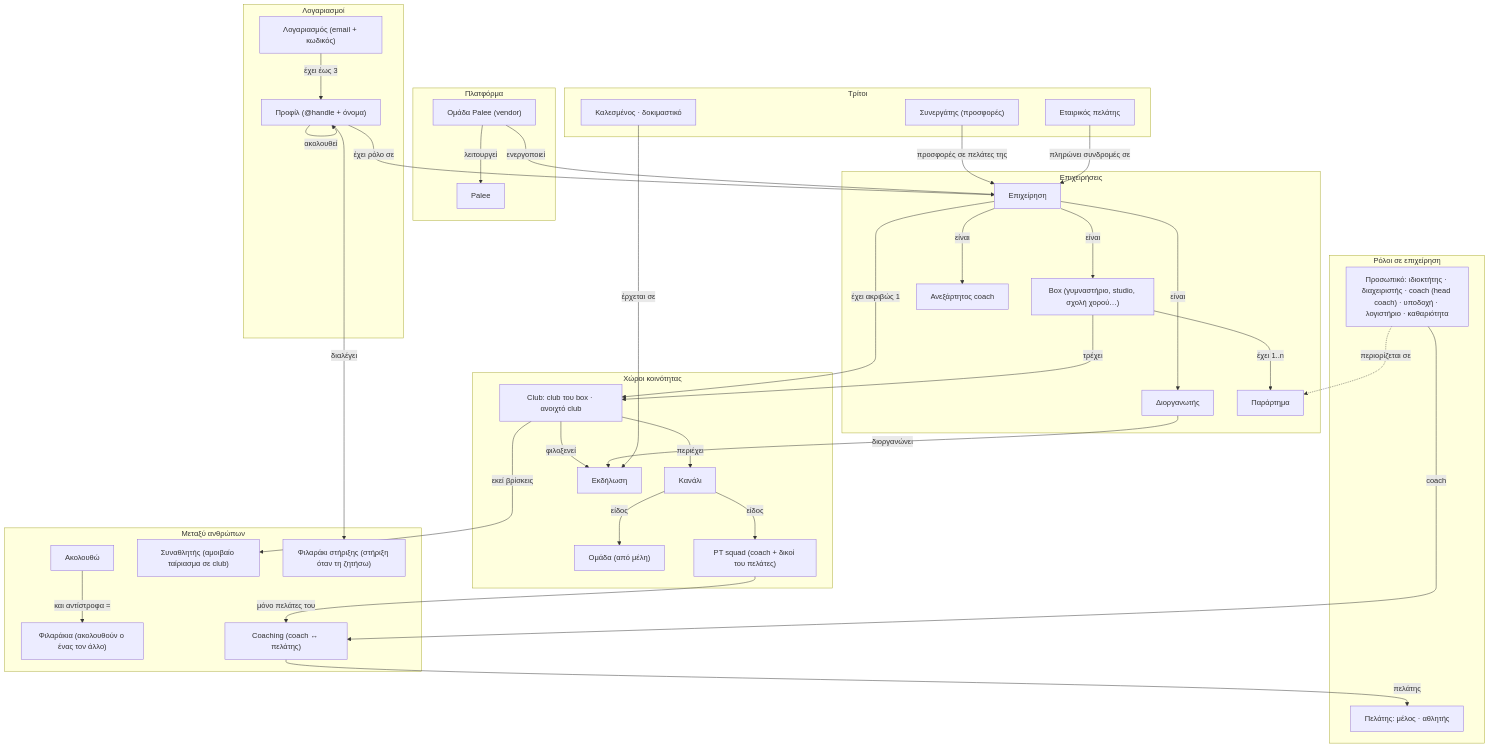
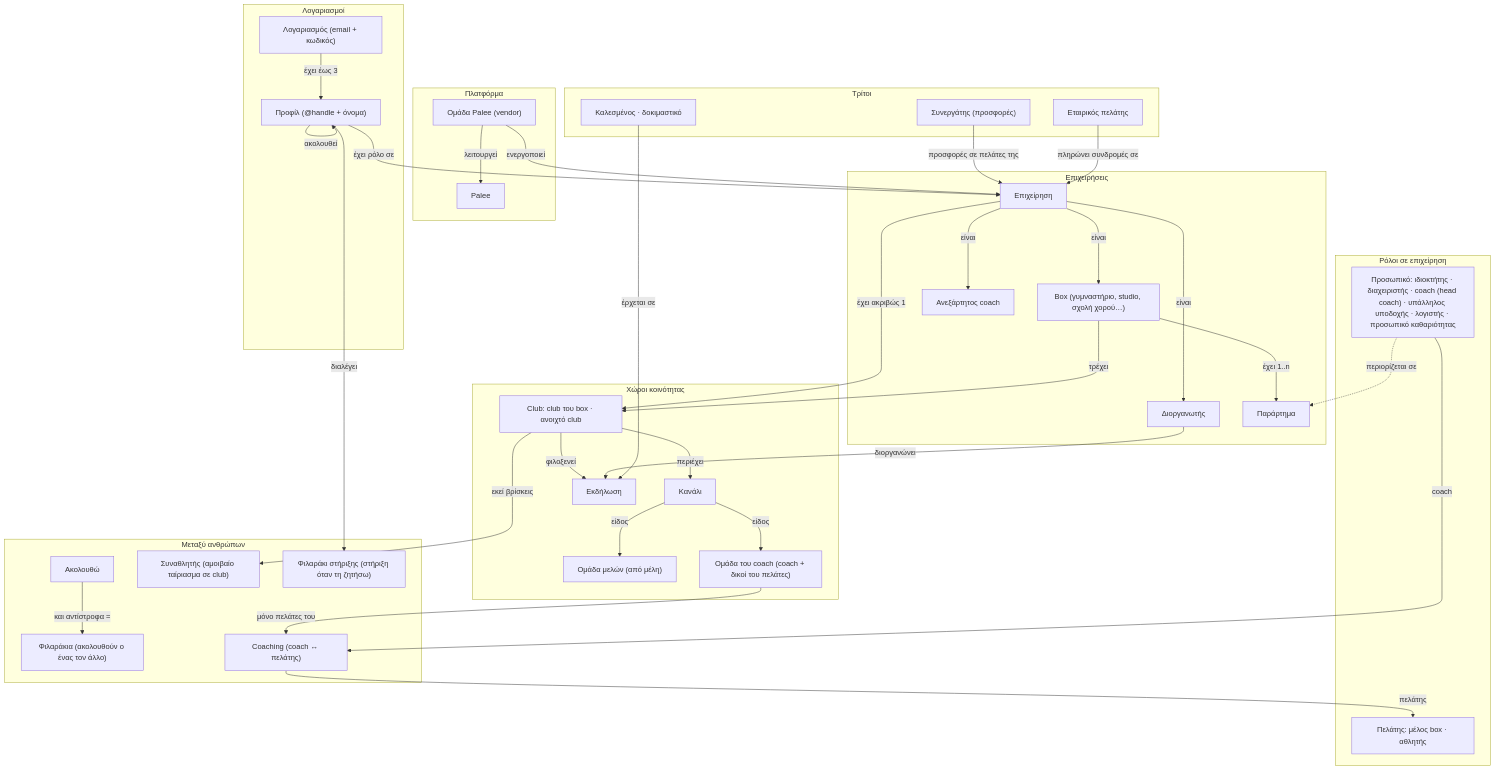
The second of 2 diagrams in docs/product/ontology.md (AnrPg/milos), drawn with Mermaid before and after one commit. The commit also changed other lines of this file and 23 other files, not shown here.

````diff
--- a/docs/product/ontology.md
+++ b/docs/product/ontology.md
@@ -103,74 +106,74 @@
 ```mermaid
 flowchart TB
   subgraph PLATFORM["Πλατφόρμα"]
     PALEE["Palee"]
     TEAM["Ομάδα Palee (vendor)"]
   end
 
   subgraph ACCOUNTS["Λογαριασμοί"]
     LOGIN["Λογαριασμός (email + κωδικός)"]
     PROFILE["Προφίλ (@handle + όνομα)"]
   end
 
   subgraph BUSINESSES["Επιχειρήσεις"]
     BIZ["Επιχείρηση"]
     BOX["Box (γυμναστήριο, studio, σχολή χορού…)"]
     INDIE["Ανεξάρτητος coach"]
     ORG["Διοργανωτής"]
     BRANCH["Παράρτημα"]
   end
 
   subgraph ROLES["Ρόλοι σε επιχείρηση"]
-    STAFF["Προσωπικό: ιδιοκτήτης · διαχειριστής · coach (head coach) · υποδοχή · λογιστήριο · καθαριότητα"]
-    CLIENT["Πελάτης: μέλος · αθλητής"]
+    STAFF["Προσωπικό: ιδιοκτήτης · διαχειριστής · coach (head coach) · υπάλληλος υποδοχής · λογιστής · προσωπικό καθαριότητας"]
+    CLIENT["Πελάτης: μέλος box · αθλητής"]
   end
 
   subgraph SPACES["Χώροι κοινότητας"]
     CLUB["Club: club του box · ανοιχτό club"]
     CHANNEL["Κανάλι"]
-    GROUP["Ομάδα (από μέλη)"]
-    SQUAD["PT squad (coach + δικοί του πελάτες)"]
+    GROUP["Ομάδα μελών (από μέλη)"]
+    SQUAD["Ομάδα του coach (coach + δικοί του πελάτες)"]
     EVENT["Εκδήλωση"]
   end
 
   subgraph RELATIONS["Μεταξύ ανθρώπων"]
     FOLLOW["Ακολουθώ"]
     BUDDIES["Φιλαράκια (ακολουθούν ο ένας τον άλλο)"]
     TPARTNER["Συναθλητής (αμοιβαίο ταίριασμα σε club)"]
     CHECKIN["Φιλαράκι στήριξης (στήριξη όταν τη ζητήσω)"]
     COACHING["Coaching (coach ↔ πελάτης)"]
   end
 
   subgraph OUTSIDE["Τρίτοι"]
     PERKP["Συνεργάτης (προσφορές)"]
     CORP["Εταιρικός πελάτης"]
     GUEST["Καλεσμένος · δοκιμαστικό"]
   end
 
   TEAM -- λειτουργεί --> PALEE
   TEAM -- ενεργοποιεί --> BIZ
   LOGIN -- έχει έως 3 --> PROFILE
   BIZ -- είναι --> BOX
   BIZ -- είναι --> INDIE
   BIZ -- είναι --> ORG
   BOX -- έχει 1..n --> BRANCH
   PROFILE -- έχει ρόλο σε --> BIZ
   STAFF -. περιορίζεται σε .-> BRANCH
   BIZ -- έχει ακριβώς 1 --> CLUB
   BOX -- τρέχει --> CLUB
   CLUB -- περιέχει --> CHANNEL
   CHANNEL -- είδος --> GROUP
   CHANNEL -- είδος --> SQUAD
   CLUB -- φιλοξενεί --> EVENT
   ORG -- διοργανώνει --> EVENT
   PROFILE -- ακολουθεί --> PROFILE
   FOLLOW -- και αντίστροφα = --> BUDDIES
   CLUB -- εκεί βρίσκεις --> TPARTNER
   PROFILE -- διαλέγει --> CHECKIN
   STAFF -- coach --> COACHING
   COACHING -- πελάτης --> CLIENT
   SQUAD -- μόνο πελάτες του --> COACHING
   PERKP -- προσφορές σε πελάτες της --> BIZ
   CORP -- πληρώνει συνδρομές σε --> BIZ
   GUEST -- έρχεται σε --> EVENT
 ```
````
